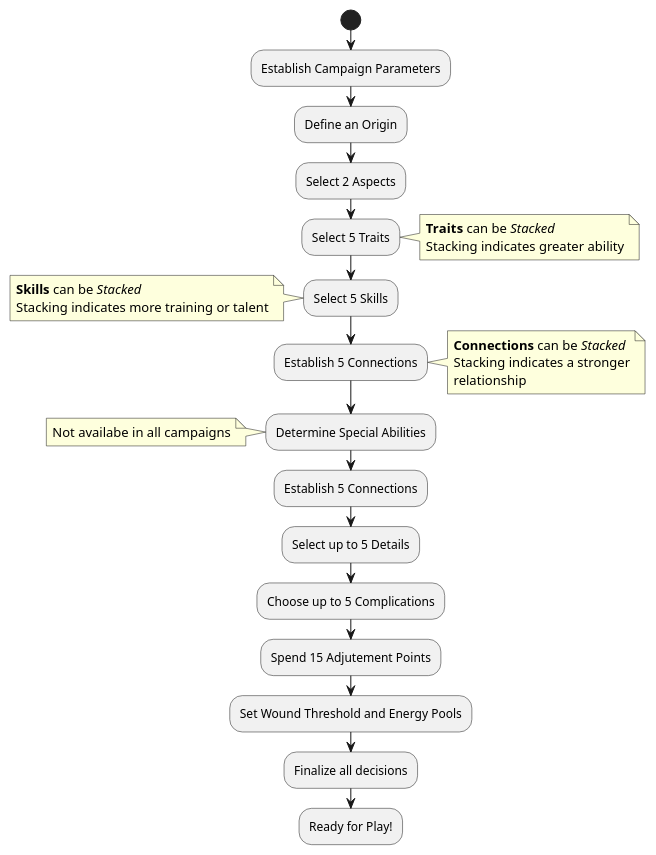
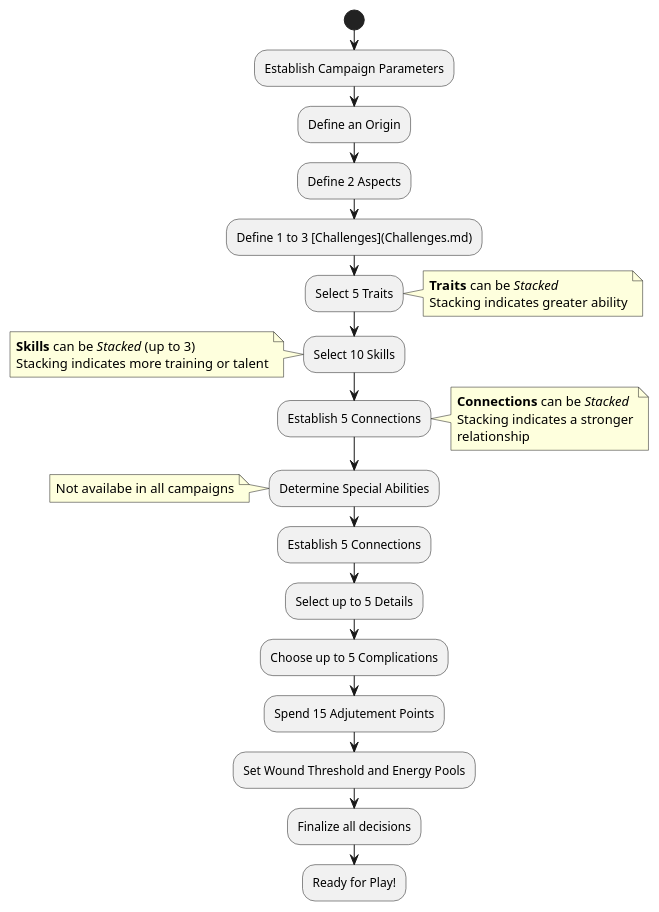
The diagram in CCSummary.md (s-20/unnamed), drawn with PlantUML before and after one commit. The commit also changed 1 other file, not shown here.

Commit message:
Added Challenges
Added Challenges.md, added CHallenges to character creation and testing links within diagrams.

````diff
--- a/CCSummary.md
+++ b/CCSummary.md
@@ -16,34 +16,35 @@
 ```plantuml
 @startuml
 start
 :Establish Campaign Parameters;
 :Define an Origin;
-:Select 2 Aspects;
+:Define 2 Aspects;
+:Define 1 to 3 [Challenges](Challenges.md);
 :Select 5 Traits;
 note right
 <b>Traits</b> can be //Stacked//
 Stacking indicates greater ability
 end note
-:Select 5 Skills;
+:Select 10 Skills;
 note left
-<b>Skills</b> can be //Stacked//
+<b>Skills</b> can be //Stacked// (up to 3)
 Stacking indicates more training or talent
 end note
 :Establish 5 Connections;
 note right
 <b>Connections</b> can be //Stacked//
 Stacking indicates a stronger
 relationship
 end note
 :Determine Special Abilities;
 note: Not availabe in all campaigns
 :Establish 5 Connections;
 :Select up to 5 Details;
 :Choose up to 5 Complications;
 :Spend 15 Adjutement Points;
 :Set Wound Threshold and Energy Pools;
 :Finalize all decisions;
 :Ready for Play!;
 @enduml
 stop
 ```
````
